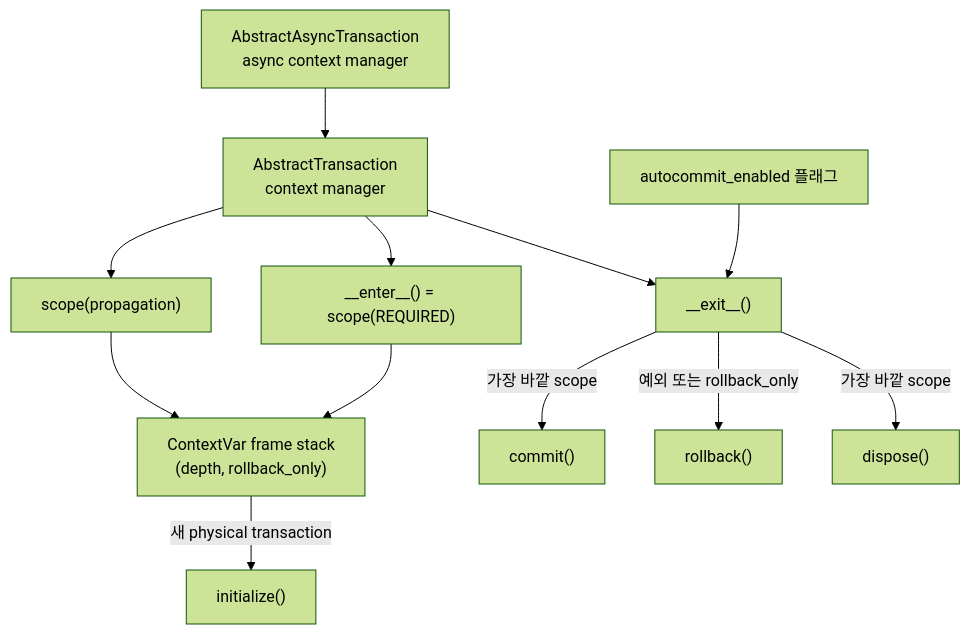
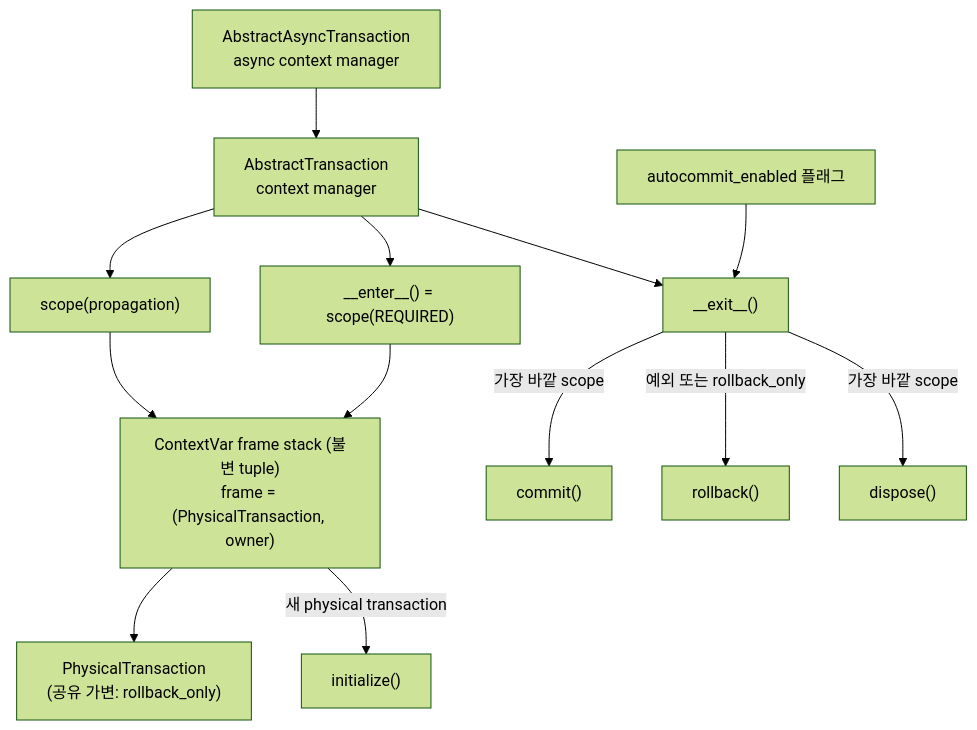
Before and after one commit to E5presso/spakky-framework: the eighth of 14 diagrams in ARCHITECTURE.md, drawn with Mermaid (forest theme). The commit also changed other lines of this file and 10 other files, not shown here.

````diff
--- a/ARCHITECTURE.md
+++ b/ARCHITECTURE.md
@@ -859,26 +860,28 @@
 ```mermaid
 flowchart TD
     tx["AbstractTransaction<br/>context manager"]
     scope["scope(propagation)"]
-    frames["ContextVar frame stack<br/>(depth, rollback_only)"]
+    frames["ContextVar frame stack (불변 tuple)<br/>frame = (PhysicalTransaction, owner)"]
+    physical["PhysicalTransaction<br/>(공유 가변: rollback_only)"]
     enter["__enter__() = scope(REQUIRED)"]
     init["initialize()"]
     exit["__exit__()"]
     commit["commit()"]
     rollback["rollback()"]
     dispose["dispose()"]
     flag["autocommit_enabled 플래그"]
     async_tx["AbstractAsyncTransaction<br/>async context manager"]
 
     tx --> scope
     tx --> enter
     scope --> frames
+    frames --> physical
     enter --> frames
     frames -->|"새 physical transaction"| init
     tx --> exit
     exit -->|"가장 바깥 scope"| commit
     exit -->|"예외 또는 rollback_only"| rollback
     exit -->|"가장 바깥 scope"| dispose
     flag --> exit
     async_tx --> tx
 ```
````
